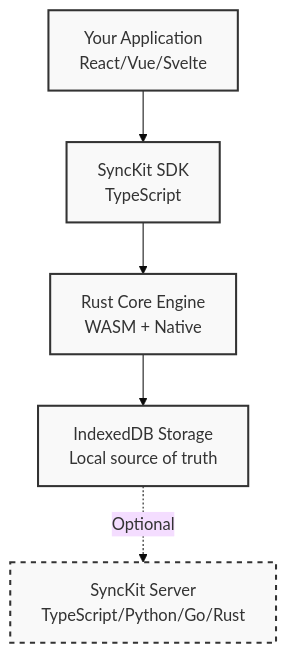
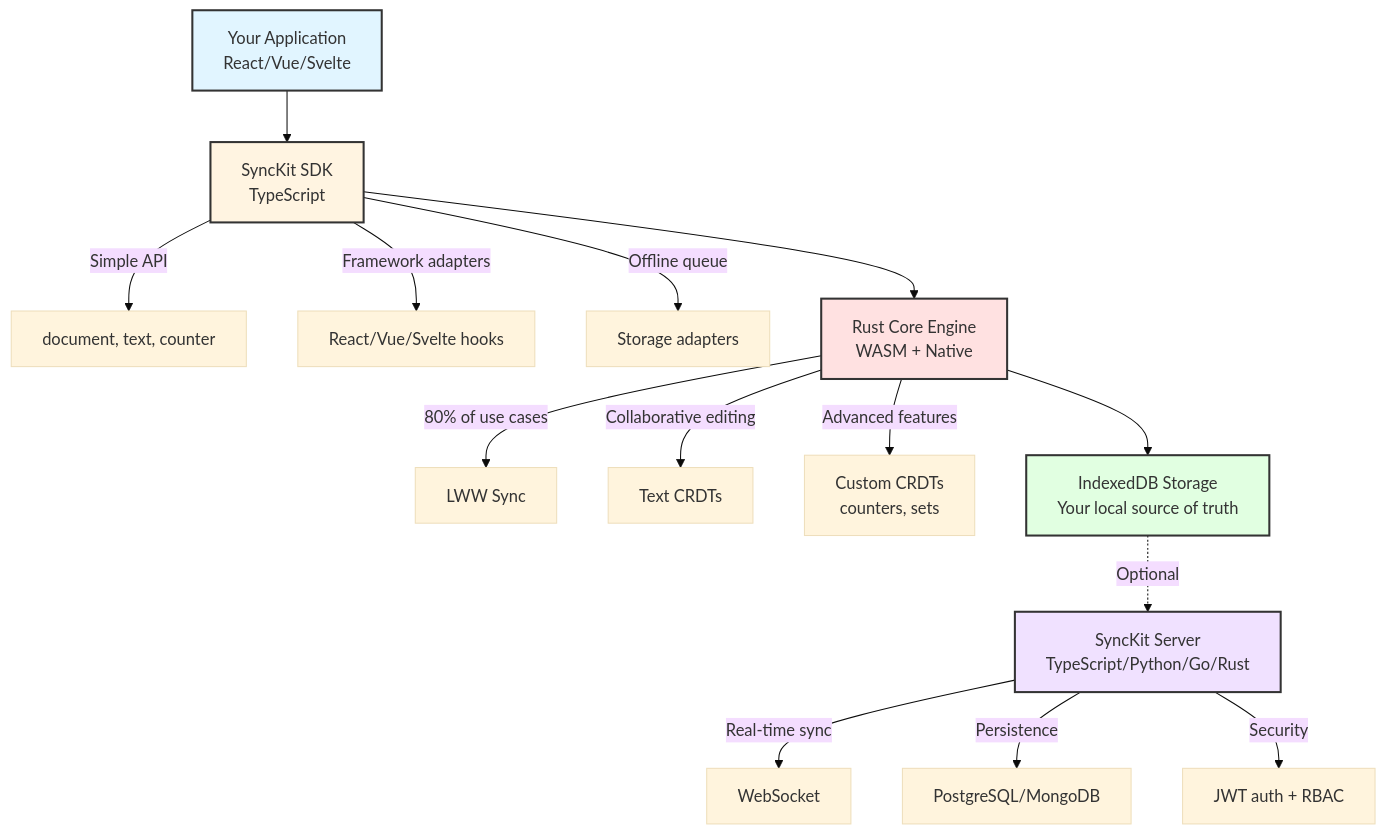
Before and after one commit to lguzzon-scratchbook/synckit: the diagram in README.md, drawn with Mermaid (base theme).

Commit message:
fix: improve Mermaid diagram with colors and better detail
Replaced poor monochrome styling with colorful, detailed diagram:
- Added pastel colors for visual distinction (blue/yellow/red/green/purple)
- Shows component details (API features, CRDT types, server capabilities)
- Works well in both light and dark mode
- More informative while maintaining clarity

Previous version had light gray on dark background (poor contrast).
New version uses the recommended colorful design.

````diff
--- a/README.md
+++ b/README.md
@@ -200,13 +200,28 @@
 ```mermaid
 graph TD
     A[Your Application<br/>React/Vue/Svelte] --> B[SyncKit SDK<br/>TypeScript]
+
+    B -->|Simple API| B1[document, text, counter]
+    B -->|Framework adapters| B2[React/Vue/Svelte hooks]
+    B -->|Offline queue| B3[Storage adapters]
+
     B --> C[Rust Core Engine<br/>WASM + Native]
-    C --> D[IndexedDB Storage<br/>Local source of truth]
+
+    C -->|80% of use cases| C1[LWW Sync]
+    C -->|Collaborative editing| C2[Text CRDTs]
+    C -->|Advanced features| C3[Custom CRDTs<br/>counters, sets]
+
+    C --> D[IndexedDB Storage<br/>Your local source of truth]
+
     D -.->|Optional| E[SyncKit Server<br/>TypeScript/Python/Go/Rust]
 
-    style A fill:#f9f9f9,stroke:#333,stroke-width:2px
-    style B fill:#f9f9f9,stroke:#333,stroke-width:2px
-    style C fill:#f9f9f9,stroke:#333,stroke-width:2px
-    style D fill:#f9f9f9,stroke:#333,stroke-width:2px
-    style E fill:#f9f9f9,stroke:#333,stroke-width:2px,stroke-dasharray: 5 5
+    E -->|Real-time sync| E1[WebSocket]
+    E -->|Persistence| E2[PostgreSQL/MongoDB]
+    E -->|Security| E3[JWT auth + RBAC]
+
+    style A fill:#e1f5ff,stroke:#333,stroke-width:2px
+    style B fill:#fff4e1,stroke:#333,stroke-width:2px
+    style C fill:#ffe1e1,stroke:#333,stroke-width:2px
+    style D fill:#e1ffe1,stroke:#333,stroke-width:2px
+    style E fill:#f0e1ff,stroke:#333,stroke-width:2px
 ```
````
